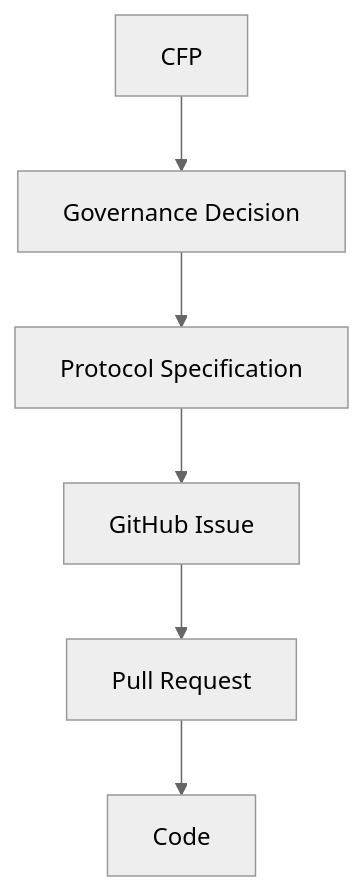
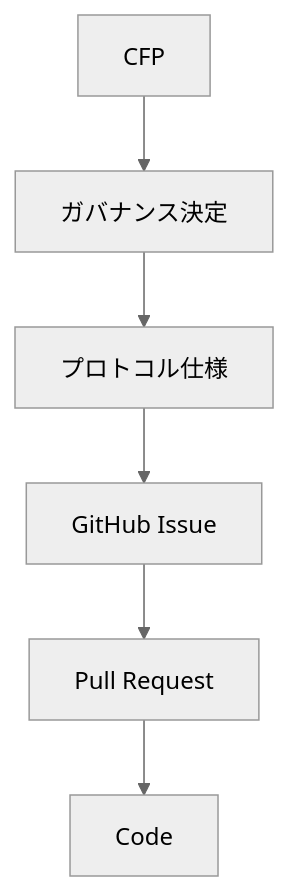
One commit to ShigeichiroYamasaki/creator-first-platform changed the second of 3 diagrams in docs/proposals/index.md. Above: the diagram before and after it, drawn with Mermaid (neutral theme). The commit also changed other lines of this file and 67 other files, not shown here.

````diff
--- a/docs/proposals/index.md
+++ b/docs/proposals/index.md
@@ -36,11 +36,11 @@
 ```mermaid
 flowchart TD
     CFP[CFP]
-    DECISION[Governance Decision]
-    SPEC[Protocol Specification]
+    DECISION[ガバナンス決定]
+    SPEC[プロトコル仕様]
     ISSUE[GitHub Issue]
     PR[Pull Request]
     CODE[Code]
 
     CFP --> DECISION --> SPEC --> ISSUE --> PR --> CODE
 ```
````
